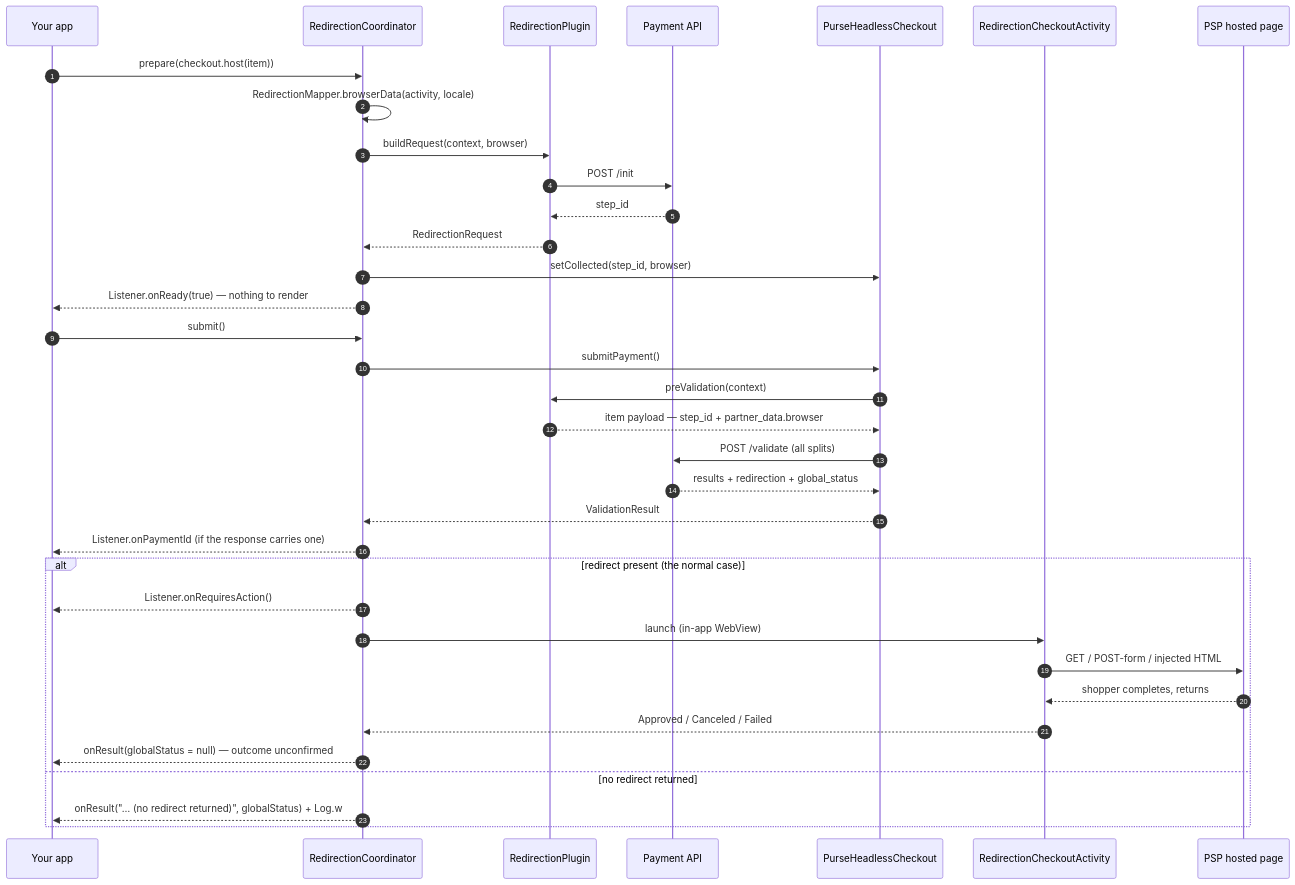
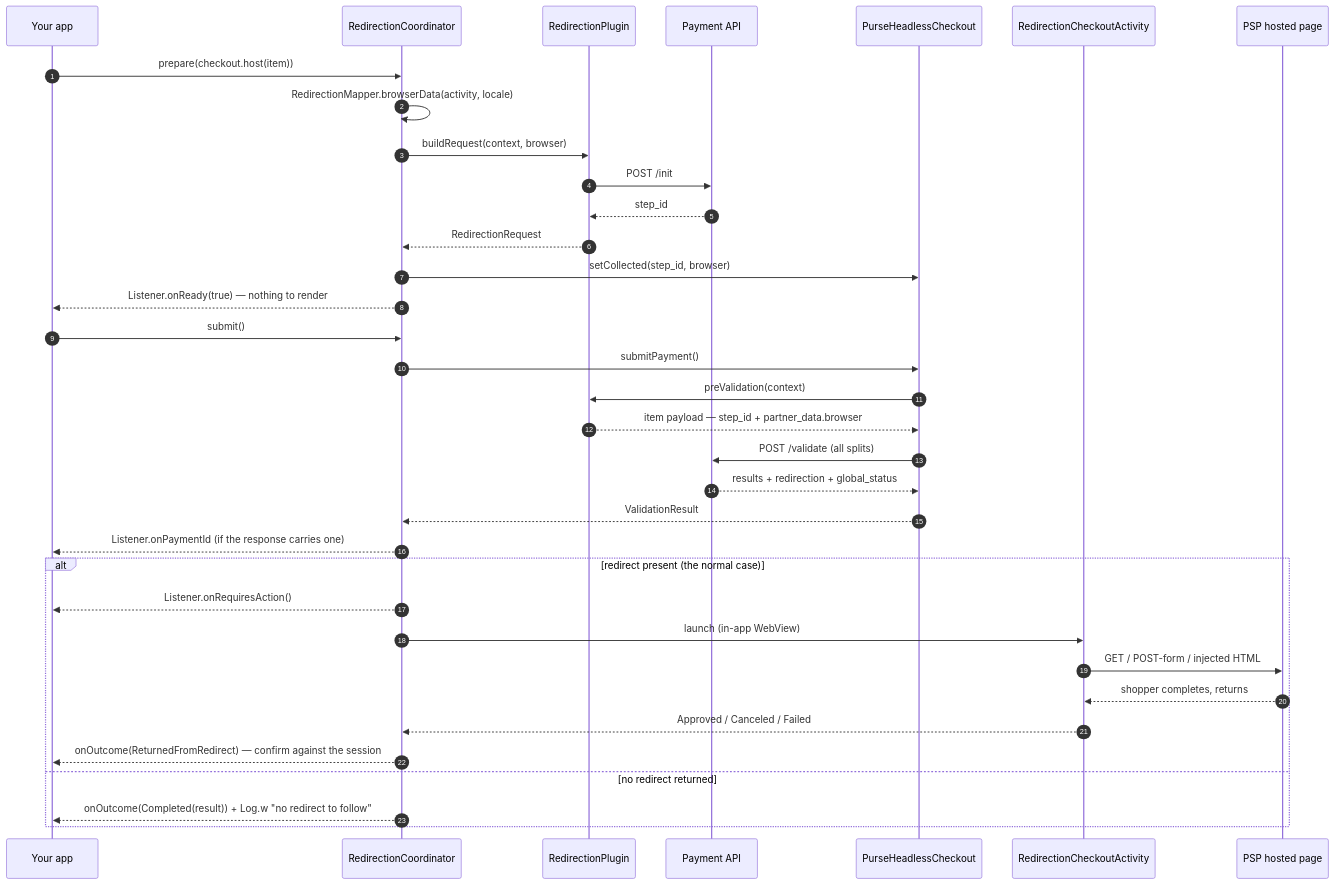
Before and after one commit to UpStreamPay/purse-headless-checkout-android: the diagram in docs/plugins/redirection.md, drawn with Mermaid. The commit also changed other lines of this file and 32 other files, not shown here.

````diff
--- a/docs/plugins/redirection.md
+++ b/docs/plugins/redirection.md
@@ -99,40 +99,40 @@
 ```mermaid
 sequenceDiagram
     autonumber
     participant App as Your app
     participant Co as RedirectionCoordinator
     participant Pl as RedirectionPlugin
     participant Api as Payment API
     participant Ck as PurseHeadlessCheckout
     participant Rd as RedirectionCheckoutActivity
     participant PSP as PSP hosted page
 
     App->>Co: prepare(checkout.host(item))
     Co->>Co: RedirectionMapper.browserData(activity, locale)
     Co->>Pl: buildRequest(context, browser)
     Pl->>Api: POST /init
     Api-->>Pl: step_id
     Pl-->>Co: RedirectionRequest
     Co->>Ck: setCollected(step_id, browser)
     Co-->>App: Listener.onReady(true) — nothing to render
 
     App->>Co: submit()
     Co->>Ck: submitPayment()
     Ck->>Pl: preValidation(context)
     Pl-->>Ck: item payload — step_id + partner_data.browser
     Ck->>Api: POST /validate (all splits)
     Api-->>Ck: results + redirection + global_status
     Ck-->>Co: ValidationResult
     Co-->>App: Listener.onPaymentId (if the response carries one)
 
     alt redirect present (the normal case)
         Co-->>App: Listener.onRequiresAction()
         Co->>Rd: launch (in-app WebView)
         Rd->>PSP: GET / POST-form / injected HTML
         PSP-->>Rd: shopper completes, returns
         Rd-->>Co: Approved / Canceled / Failed
-        Co-->>App: onResult(globalStatus = null) — outcome unconfirmed
+        Co-->>App: onOutcome(ReturnedFromRedirect) — confirm against the session
     else no redirect returned
-        Co-->>App: onResult("… (no redirect returned)", globalStatus) + Log.w
+        Co-->>App: onOutcome(Completed(result)) + Log.w "no redirect to follow"
     end
 ```
````
